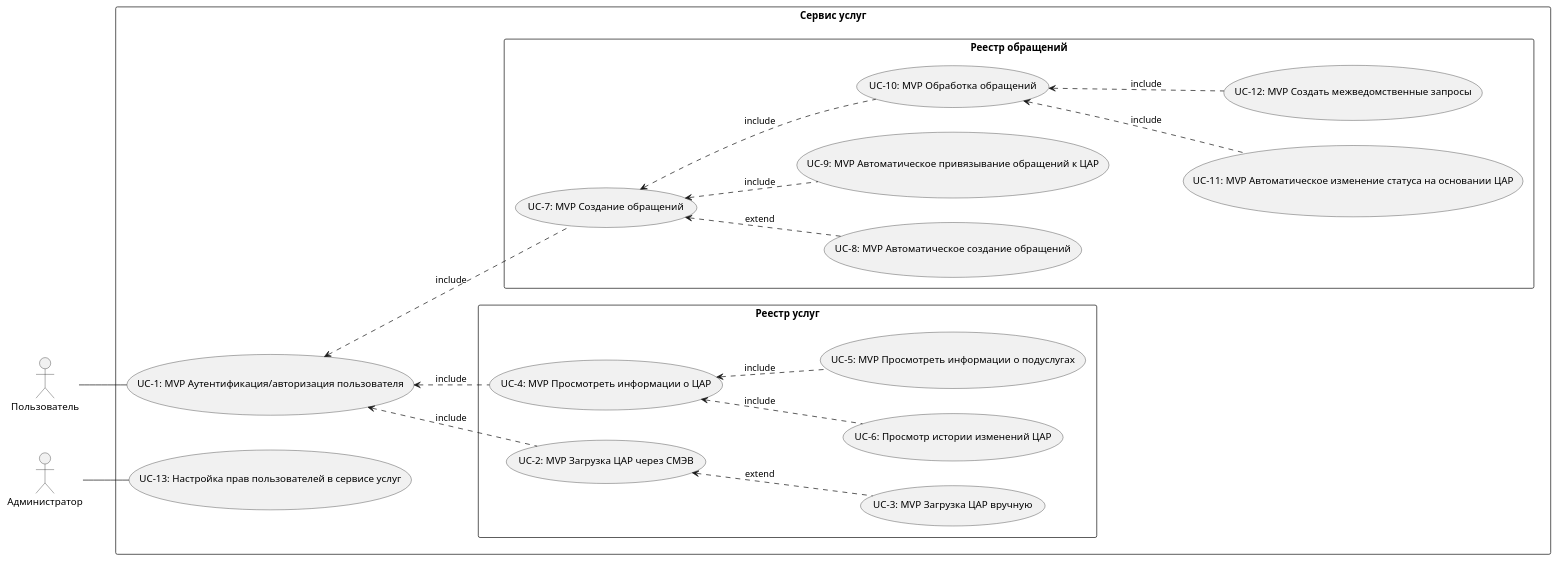
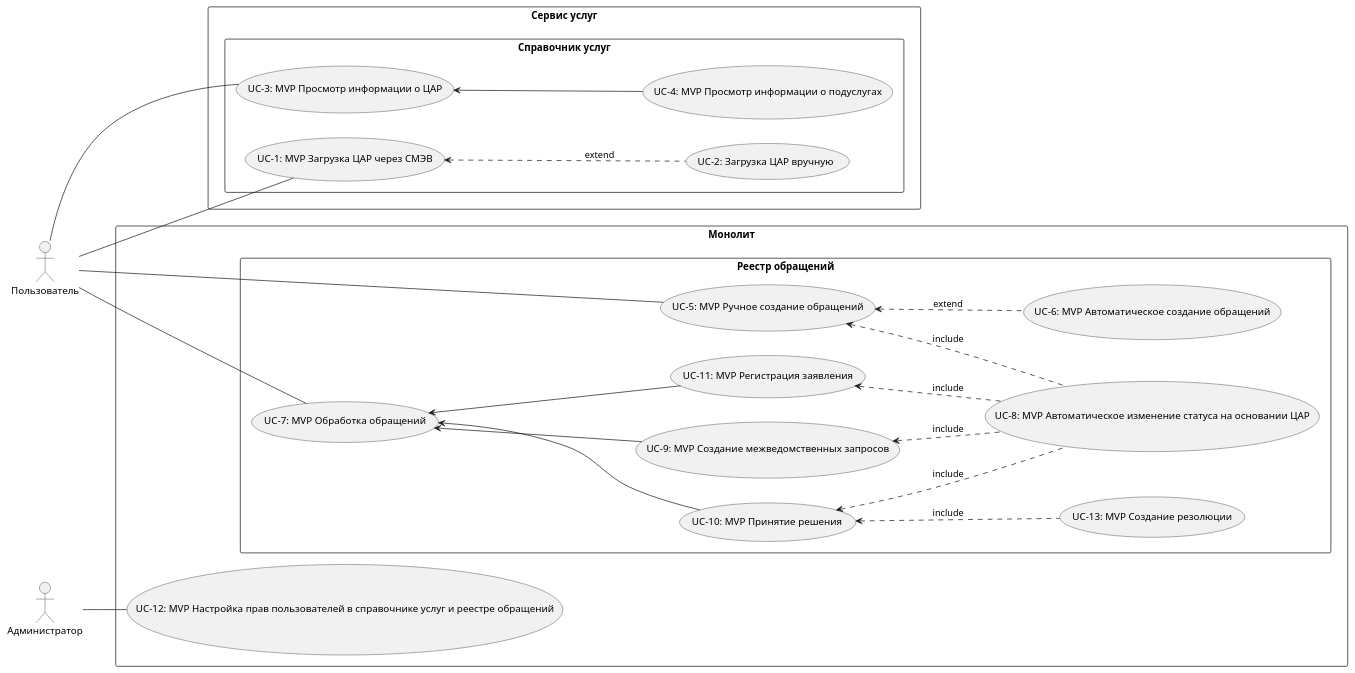
One commit to sonorame/docs_kcr changed the diagram in diagrams/src/usecase.puml. Above: the diagram before and after it, drawn with PlantUML. The commit also changed 8 other files, not shown here.

```diff
--- a/diagrams/src/usecase.puml
+++ b/diagrams/src/usecase.puml
@@ -1,51 +1,50 @@
 @startuml
 left to right direction
 skinparam packageStyle rectangle
 
 actor "Пользователь" as usr
 actor "Администратор" as adm
 
-
-rectangle "Сервис услуг" {
-  usecase (UC-1: MVP Аутентификация/авторизация пользователя) as authUl
-  usecase (UC-13: Настройка прав пользователей в сервисе услуг) as settingsUsr
-  rectangle "Реестр услуг" {
-    'Пользователь
-
-    'usecase (UC-: MVP Загрузка ЦАР) as uploadCar
-    usecase (UC-2: MVP Загрузка ЦАР через СМЭВ) as uploadCarSMEV
-    usecase (UC-3: MVP Загрузка ЦАР вручную) as uploadCarManual
-    usecase (UC-4: MVP Просмотреть информации о ЦАР) as viewInfoCar
-    usecase (UC-5: MVP Просмотреть информации о подуслугах) as viewInfoSubcar
-
-    'usecase (UC-: Переход из реестра услуг в реестр обращений) as relocateCarToTask
-    usecase (UC-6: Просмотр истории изменений ЦАР) as viewHistoryCar
-     
-    authUl <.. uploadCarSMEV: include
-    uploadCarSMEV <.. uploadCarManual: extend
-    authUl <.. viewInfoCar: include
-    viewInfoCar <.. viewInfoSubcar: include
-    viewInfoCar <.. viewHistoryCar: include      
-  }
+rectangle "Монолит" {
+  usecase (UC-12: MVP Настройка прав пользователей в справочнике услуг и реестре обращений) as settingsUsr
   rectangle "Реестр обращений" {
-    'Пользователь
-    usecase (UC-7: MVP Создание обращений) as createTasks
-    usecase (UC-8: MVP Автоматическое создание обращений) as autoCreateTasks
-    usecase (UC-9: MVP Автоматическое привязывание обращений к ЦАР) as autoLinkTaskToCar
-    usecase (UC-10: MVP Обработка обращений) as doTasks
-    usecase (UC-11: MVP Автоматическое изменение статуса на основании ЦАР) as autoChangeStatus
-    usecase (UC-12: MVP Создать межведомственные запросы) as createSMEVRequests
-
-    authUl <.. createTasks: include
-    createTasks <.. autoCreateTasks: extend
-    createTasks <.. autoLinkTaskToCar: include
-    createTasks <.. doTasks: include
-    doTasks <.. autoChangeStatus: include
-    doTasks <.. createSMEVRequests: include
+      'Пользователь
+      usecase (UC-5: MVP Ручное создание обращений) as createTasks
+      usecase (UC-6: MVP Автоматическое создание обращений) as autoCreateTasks
+      usecase (UC-7: MVP Обработка обращений) as doTasks
+      usecase (UC-8: MVP Автоматическое изменение статуса на основании ЦАР) as autoChangeStatus
+      usecase (UC-9: MVP Создание межведомственных запросов) as createSMEVRequest
+      usecase (UC-10: MVP Принятие решения) as decideTask
+      usecase (UC-11: MVP Регистрация заявления) as regTask
+      usecase (UC-13: MVP Создание резолюции) as createRezol
   }
 }
+rectangle "Сервис услуг" {
+  rectangle "Справочник услуг" {
+    'Пользователь
+    usecase (UC-1: MVP Загрузка ЦАР через СМЭВ) as uploadCarSMEV
+    usecase (UC-2: Загрузка ЦАР вручную) as uploadCarManual
+    usecase (UC-3: MVP Просмотр информации о ЦАР) as viewInfoCar
+    usecase (UC-4: MVP Просмотр информации о подуслугах) as viewInfoSubcar
+    usr -- uploadCarSMEV
+    uploadCarSMEV <.. uploadCarManual: extend
+    usr -- viewInfoCar
+    viewInfoCar <-- viewInfoSubcar
+  }
+  
+}
+usr -- doTasks
+doTasks <-- createSMEVRequest
+doTasks <-- decideTask
+createTasks <.. autoCreateTasks: extend
+usr -- createTasks
+doTasks <-- regTask
+createTasks <.. autoChangeStatus: include
+decideTask <.. autoChangeStatus: include
+decideTask <.. createRezol: include
+regTask <.. autoChangeStatus: include
+createSMEVRequest <.. autoChangeStatus: include
 
-usr -- authUl
 adm -- settingsUsr
 
 @enduml
```
